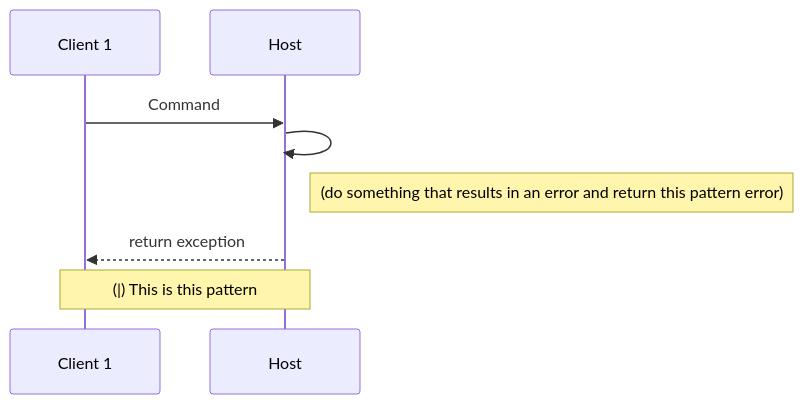
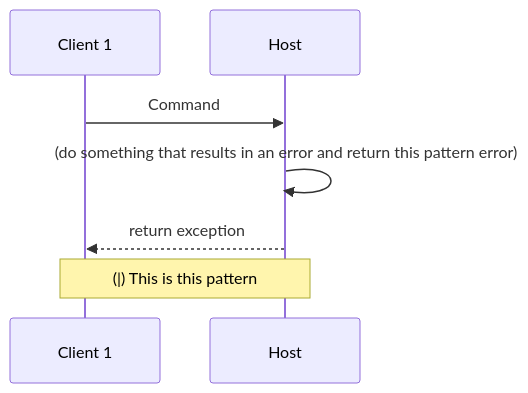
Before and after one commit to Myscelium/myscelium: the second of 6 diagrams in Doc/Usability.md, drawn with Mermaid. The commit also changed other lines of this file, not shown here.

Commit message:
Add some mermaid graph, reorganize some sections and remove some duplicated sessions of host session, enhance the host initialization guide and add some exemples

````diff
--- a/Doc/Usability.md
+++ b/Doc/Usability.md
@@ -301,13 +458,11 @@
 ```mermaid
 sequenceDiagram
     participant C1 as Client 1
     participant H as Host
 
     C1->>H: Command
-    H ->> H: 
-    Note right of H: (do something that results in an error and return this pattern error)
+    H ->> H: (do something that results in an error and return this pattern error)
     H-->>C1: return exception
 
     Note over C1,H: (|) This is this pattern
-
 ```
````
